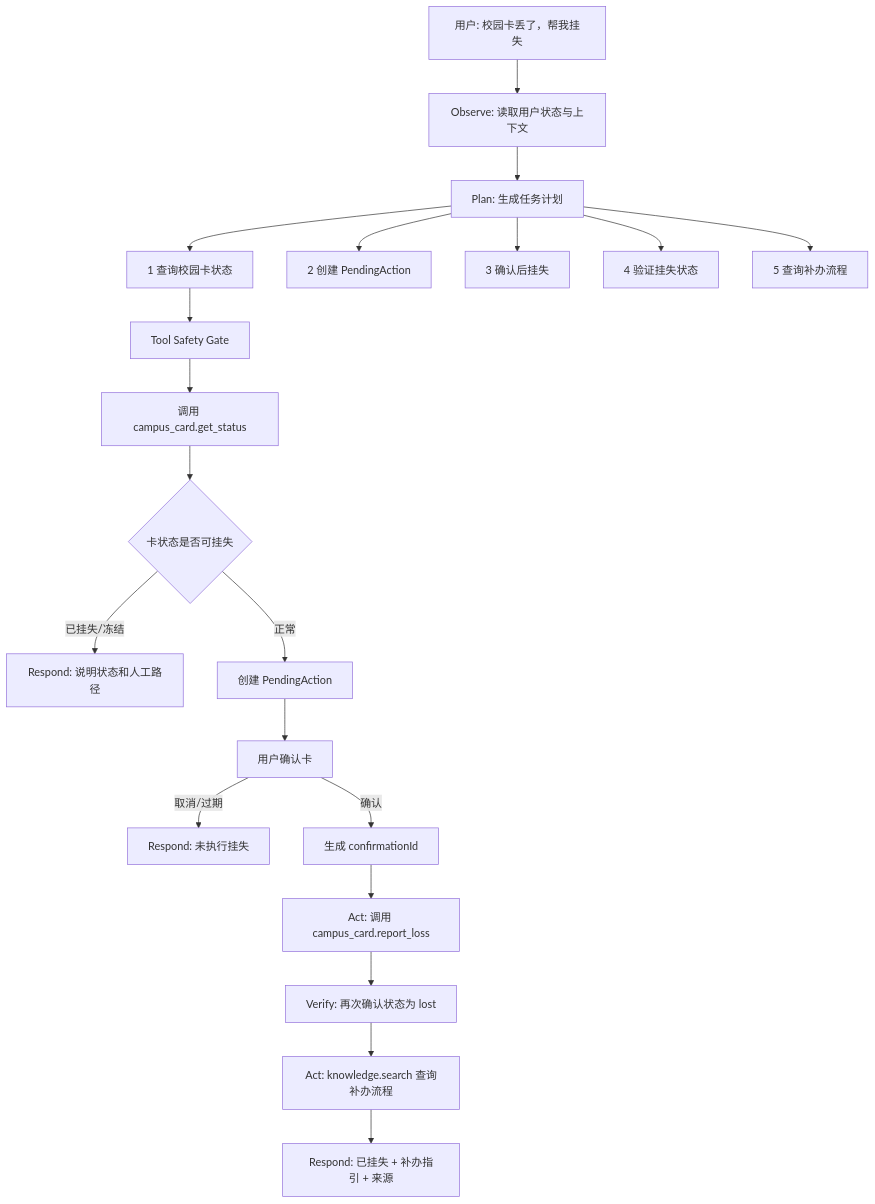
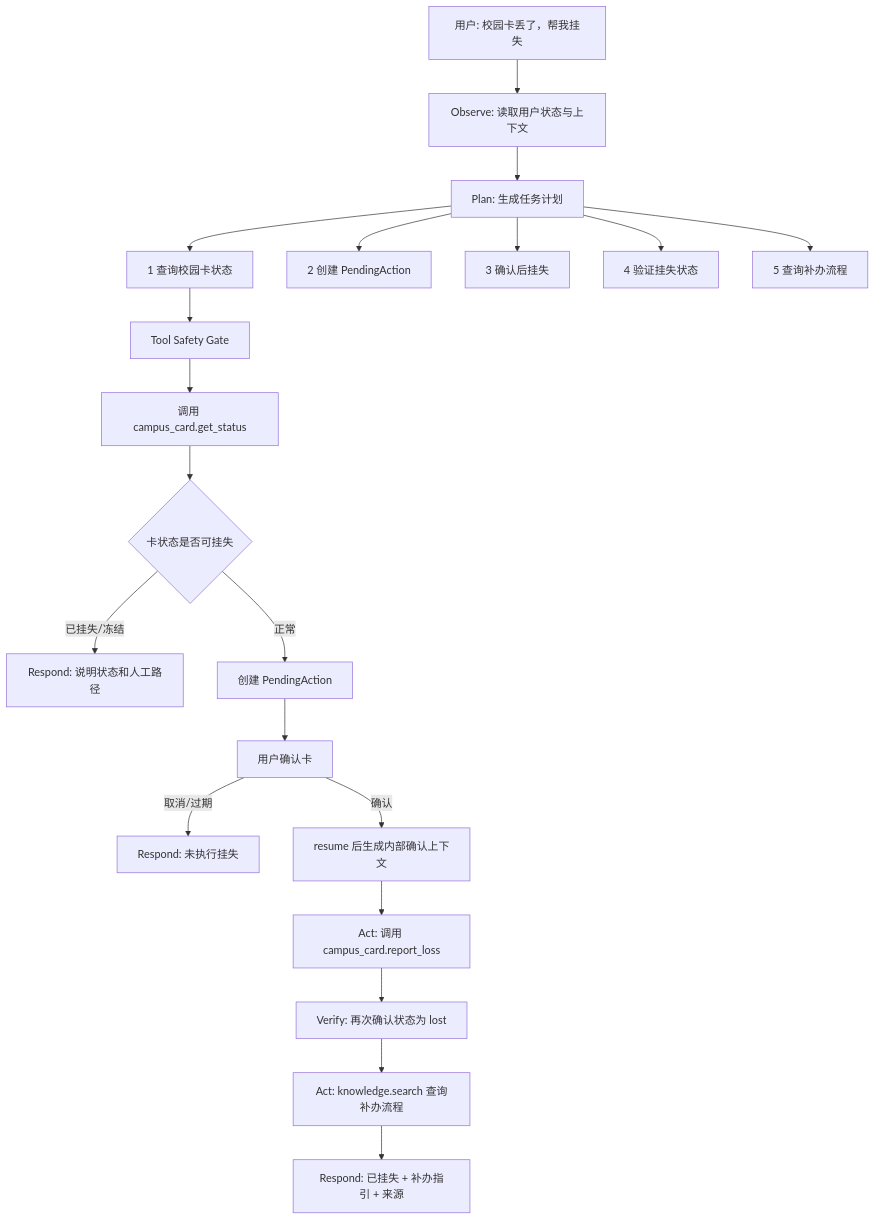
One commit to sotice/campus--agent changed the first of 3 diagrams in docs/PRD.md. Above: the diagram before and after it, drawn with Mermaid. The commit also changed other lines of this file and 7 other files, not shown here.

````diff
--- a/docs/PRD.md
+++ b/docs/PRD.md
@@ -196,23 +196,23 @@
 ```mermaid
 flowchart TD
     A[用户: 校园卡丢了，帮我挂失] --> B[Observe: 读取用户状态与上下文]
     B --> C[Plan: 生成任务计划]
     C --> C1[1 查询校园卡状态]
     C --> C2[2 创建 PendingAction]
     C --> C3[3 确认后挂失]
     C --> C4[4 验证挂失状态]
     C --> C5[5 查询补办流程]
 
     C1 --> D[Tool Safety Gate]
     D --> E[调用 campus_card.get_status]
     E --> F{卡状态是否可挂失}
     F -- 已挂失/冻结 --> G[Respond: 说明状态和人工路径]
     F -- 正常 --> H[创建 PendingAction]
     H --> I[用户确认卡]
     I -- 取消/过期 --> J[Respond: 未执行挂失]
-    I -- 确认 --> K[生成 confirmationId]
+    I -- 确认 --> K[resume 后生成内部确认上下文]
     K --> L[Act: 调用 campus_card.report_loss]
     L --> M[Verify: 再次确认状态为 lost]
     M --> N[Act: knowledge.search 查询补办流程]
     N --> O[Respond: 已挂失 + 补办指引 + 来源]
 ```
````
